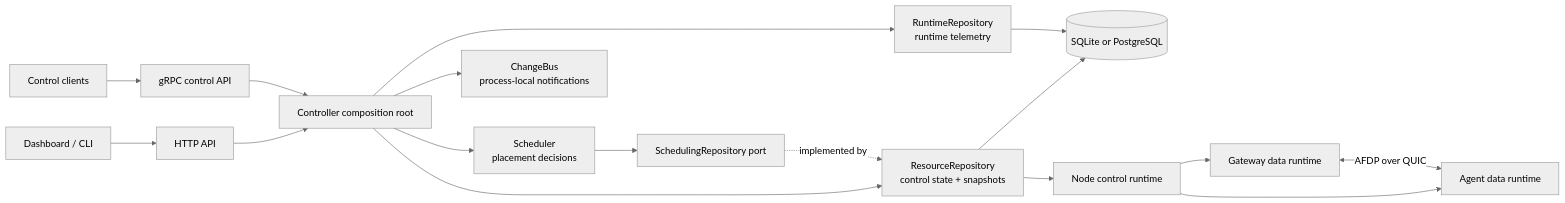
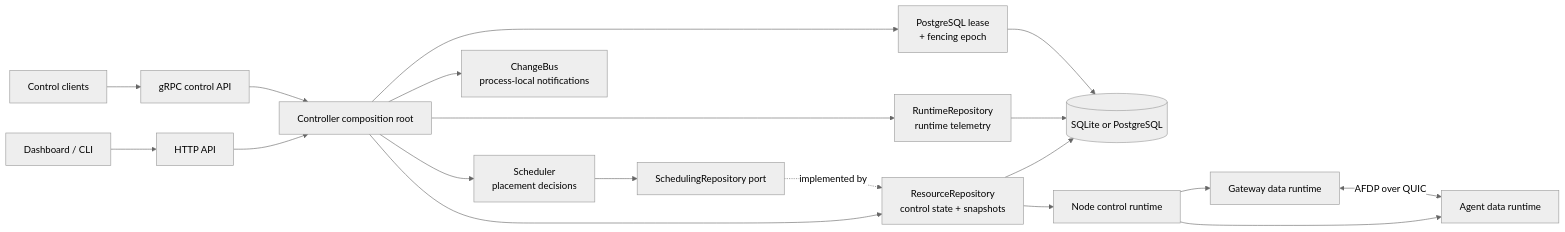
One commit to eternallyzzz/asterferry changed the diagram in docs/architecture.md. Above: the diagram before and after it, drawn with Mermaid (neutral theme). The commit also changed other lines of this file and 73 other files, not shown here.

````diff
--- a/docs/architecture.md
+++ b/docs/architecture.md
@@ -29,19 +35,21 @@
 ```mermaid
 flowchart LR
     Dashboard[Dashboard / CLI] --> HTTP[HTTP API]
     Clients[Control clients] --> GRPC[gRPC control API]
     HTTP --> Root[Controller composition root]
     GRPC --> Root
     Root --> Resources[ResourceRepository\ncontrol state + snapshots]
     Root --> Runtime[RuntimeRepository\nruntime telemetry]
     Root --> Scheduler[Scheduler\nplacement decisions]
     Root --> Bus[ChangeBus\nprocess-local notifications]
+    Root --> Lease[PostgreSQL lease\n+ fencing epoch]
     Resources --> DB[(SQLite or PostgreSQL)]
     Runtime --> DB
+    Lease --> DB
     Scheduler --> SchedulingPort[SchedulingRepository port]
     SchedulingPort -. implemented by .-> Resources
     Resources --> Node[Node control runtime]
     Node --> Gateway[Gateway data runtime]
     Node --> Agent[Agent data runtime]
     Gateway <-->|AFDP over QUIC| Agent
 ```
````
